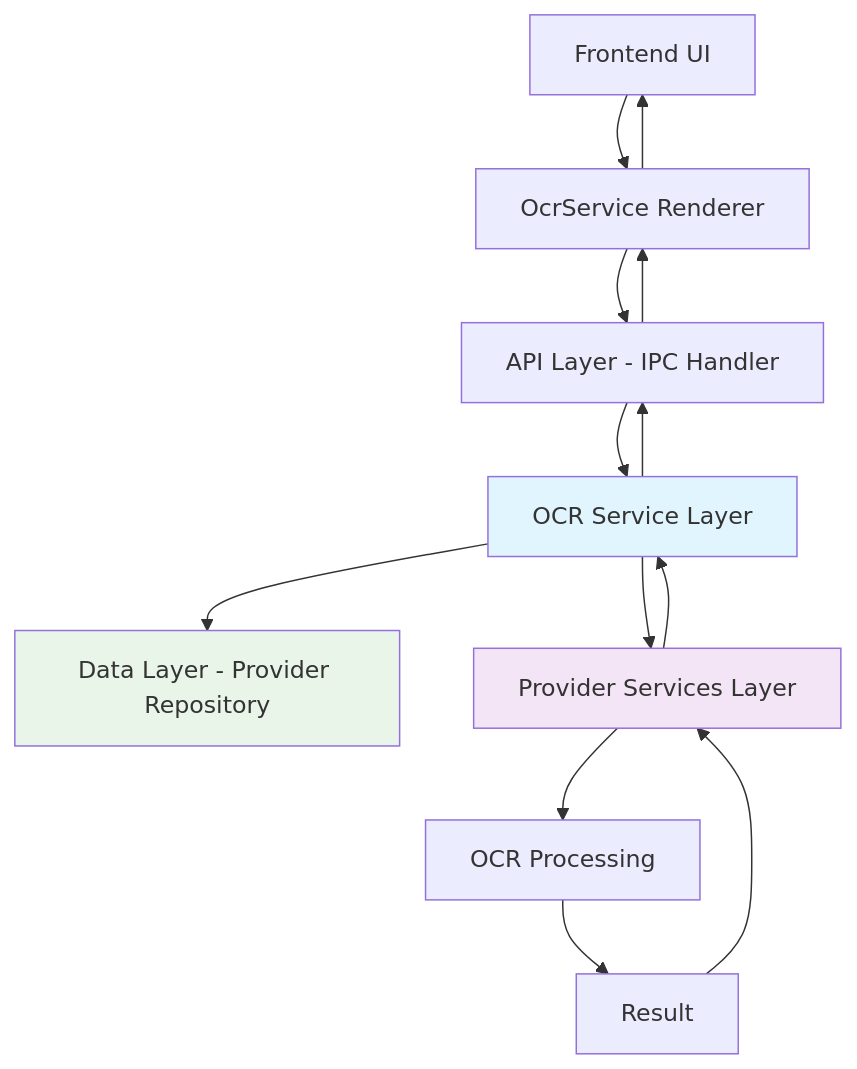
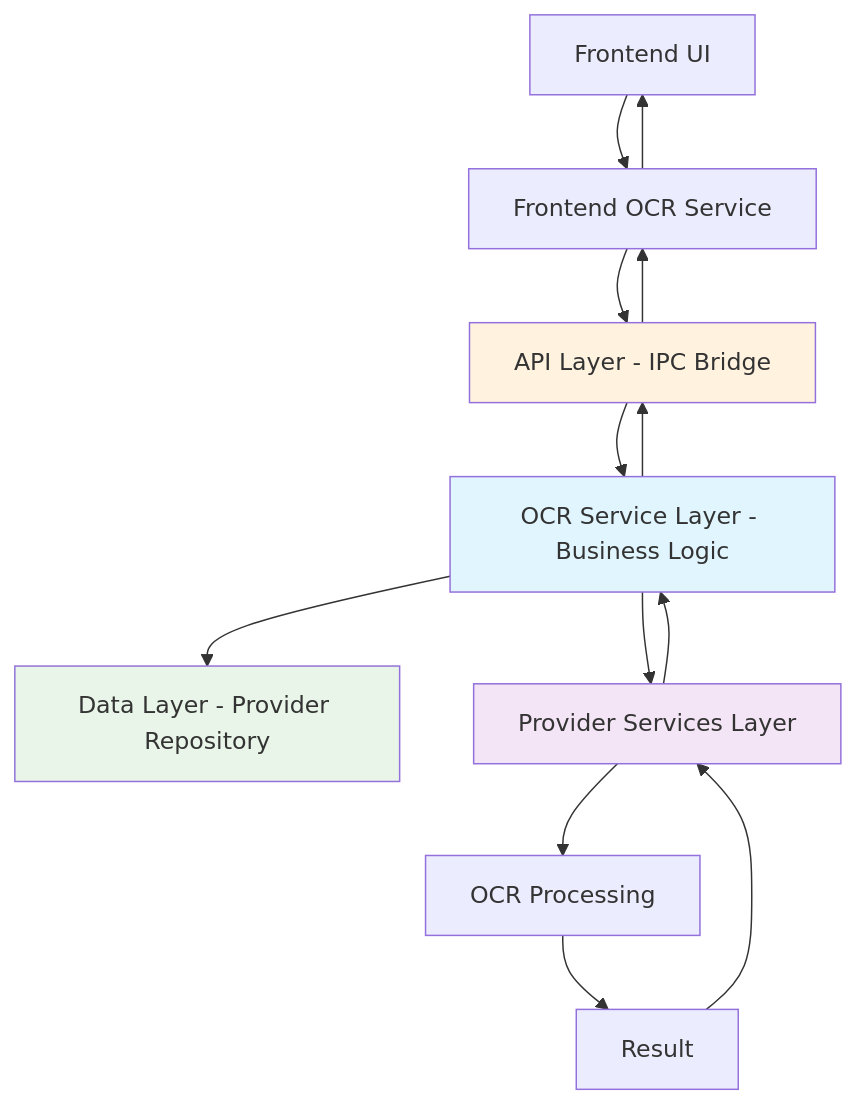
The diagram in docs/technical/ocr-architecture.md (bookmarkbao/cherry-studio), drawn with Mermaid before and after one commit. The commit also changed other lines of this file and 1 other file, not shown here.

First line of the commit message:
docs: update OCR architecture documentation with IPC details

````diff
--- a/docs/technical/ocr-architecture.md
+++ b/docs/technical/ocr-architecture.md
@@ -62,19 +65,20 @@
 ```mermaid
 graph TD
-    A[Frontend UI] --> B[OcrService Renderer]
-    B --> C[API Layer - IPC Handler]
-    C --> D[OCR Service Layer]
+    A[Frontend UI] --> B[Frontend OCR Service]
+    B --> C[API Layer - IPC Bridge]
+    C --> D[OCR Service Layer - Business Logic]
     D --> E[Data Layer - Provider Repository]
     D --> F[Provider Services Layer]
     F --> G[OCR Processing]
     G --> H[Result]
     H --> F
     F --> D
     D --> C
     C --> B
     B --> A
 
     style D fill:#e1f5fe
     style F fill:#f3e5f5
     style E fill:#e8f5e8
+    style C fill:#fff3e0
 ```
````
